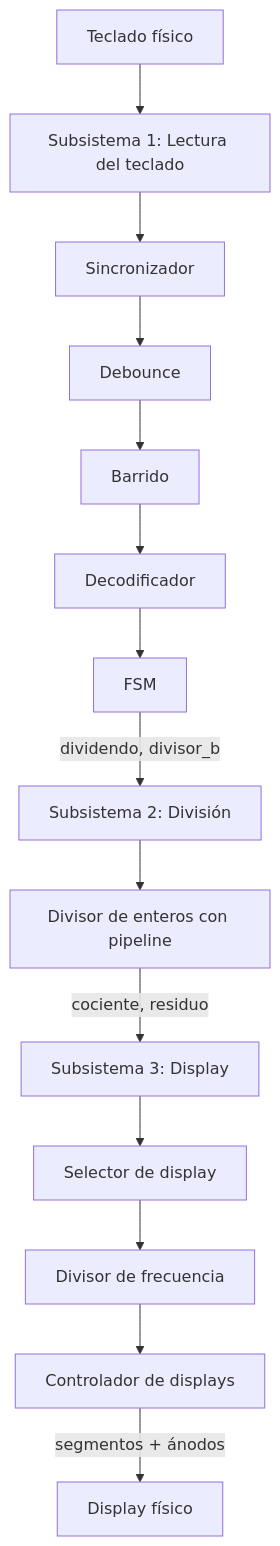
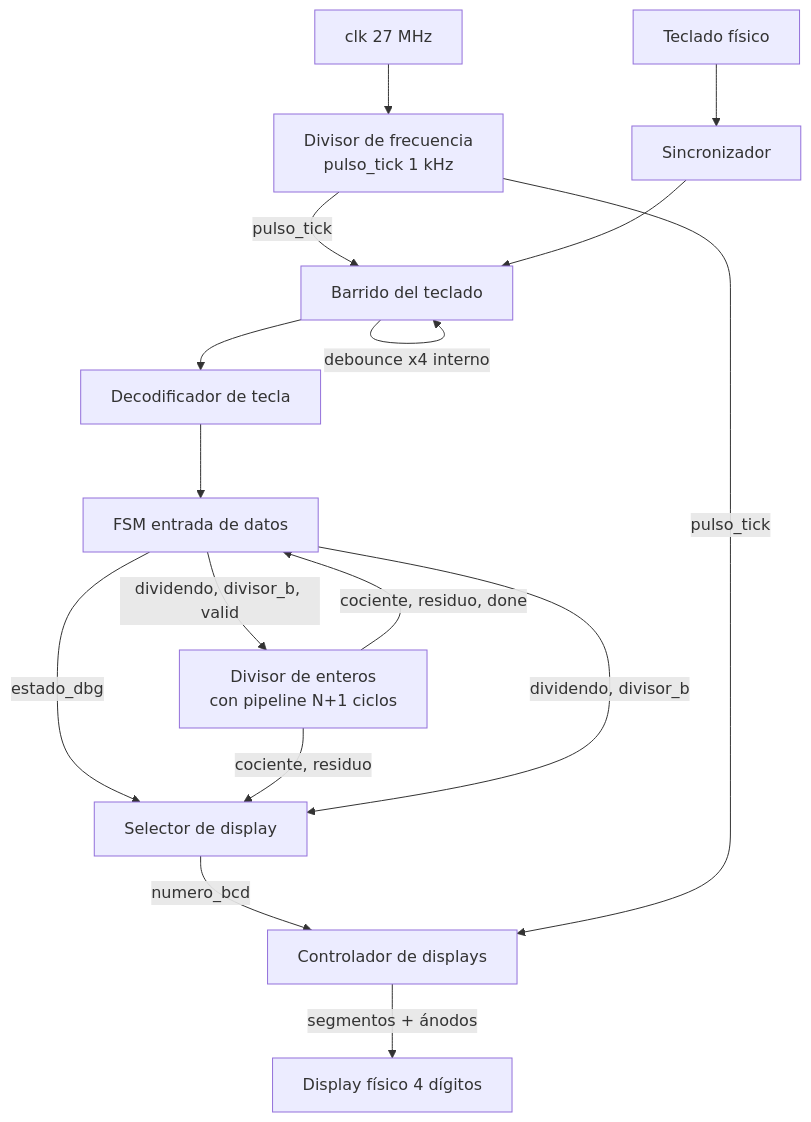
One commit to GabrielChavarria/proyecto3_dise-o-logico changed the diagram in wiki/1.-Diagrama-General-del-Sistema.md. Above: the diagram before and after it, drawn with Mermaid. The commit also changed 3 other files, not shown here.

````diff
--- a/wiki/1.-Diagrama-General-del-Sistema.md
+++ b/wiki/1.-Diagrama-General-del-Sistema.md
@@ -5,21 +5,24 @@
 ```mermaid
 flowchart TD
 
-A[Teclado físico] --> B[Subsistema 1: Lectura del teclado]
+CLK[clk 27 MHz] --> DF[Divisor de frecuencia\npulso_tick 1 kHz]
 
-B --> C[Sincronizador]
-C --> D[Debounce]
-D --> E[Barrido]
-E --> F[Decodificador]
-F --> G[FSM]
+A[Teclado físico] --> C[Sincronizador]
+DF -->|pulso_tick| E[Barrido del teclado]
+C --> E
+E -->|debounce x4 interno| E
+E --> F[Decodificador de tecla]
+F --> G[FSM entrada de datos]
 
-G -->|dividendo, divisor_b| H[Subsistema 2: División]
-H --> I[Divisor de enteros con pipeline]
+G -->|dividendo, divisor_b, valid| I[Divisor de enteros\ncon pipeline N+1 ciclos]
+I -->|cociente, residuo, done| G
 
-I -->|cociente, residuo| J[Subsistema 3: Display]
-J --> K[Selector de display]
-K --> L[Divisor de frecuencia]
-L --> M[Controlador de displays]
+G -->|estado_dbg| K[Selector de display]
+I -->|cociente, residuo| K
+G -->|dividendo, divisor_b| K
 
-M -->|segmentos + ánodos| N[Display físico]
+K -->|numero_bcd| M[Controlador de displays]
+DF -->|pulso_tick| M
+
+M -->|segmentos + ánodos| N[Display físico 4 dígitos]
 ```
````
